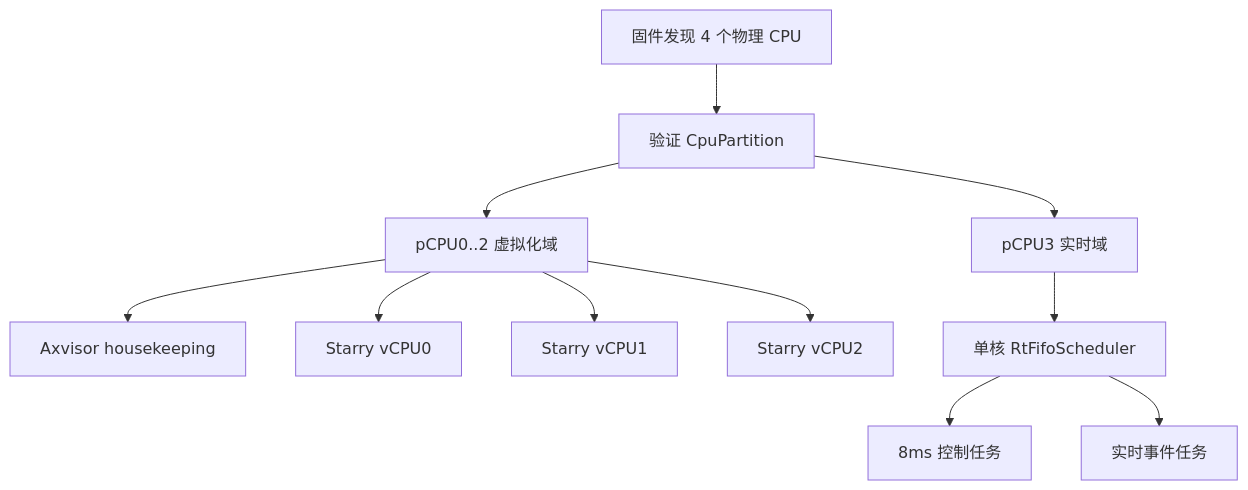
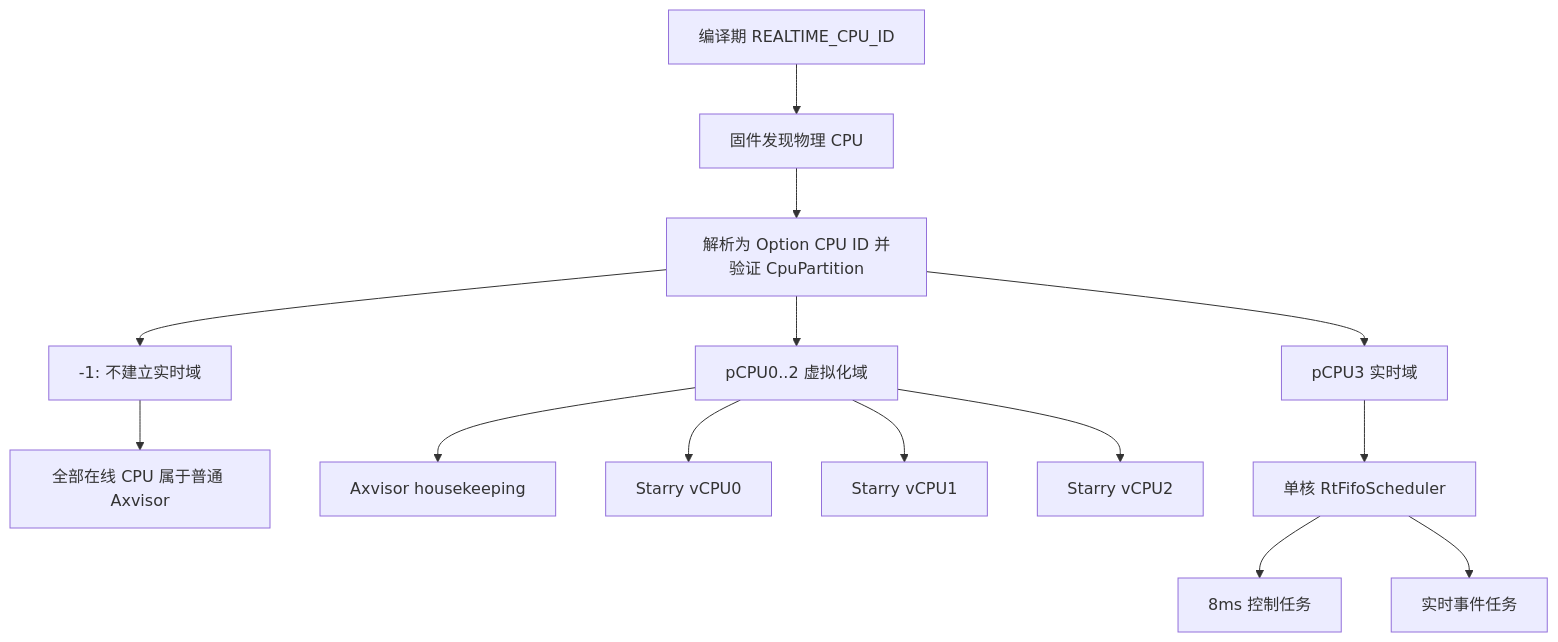
The first of 2 diagrams in project-delivery/quancheng/technical-solution.md (doubao-coding/tgoskits), drawn with Mermaid before and after one commit. The commit also changed other lines of this file, not shown here.

Commit message:
docs(quancheng): define compile-time realtime CPU selection

````diff
--- a/project-delivery/quancheng/technical-solution.md
+++ b/project-delivery/quancheng/technical-solution.md
@@ -179,13 +196,16 @@
 ```mermaid
 flowchart TD
-    Boot[固件发现 4 个物理 CPU] --> Validate[验证 CpuPartition]
+    Build[编译期 REALTIME_CPU_ID] --> Boot[固件发现物理 CPU]
+    Boot --> Validate[解析为 Option CPU ID 并验证 CpuPartition]
+    Validate --> Disabled[-1: 不建立实时域]
     Validate --> Virt[pCPU0..2 虚拟化域]
     Validate --> RT[pCPU3 实时域]
+    Disabled --> AllHost[全部在线 CPU 属于普通 Axvisor]
     Virt --> Host[Axvisor housekeeping]
     Virt --> V0[Starry vCPU0]
     Virt --> V1[Starry vCPU1]
     Virt --> V2[Starry vCPU2]
     RT --> RQ[单核 RtFifoScheduler]
     RQ --> Control[8ms 控制任务]
     RQ --> RtEvent[实时事件任务]
 ```
````
